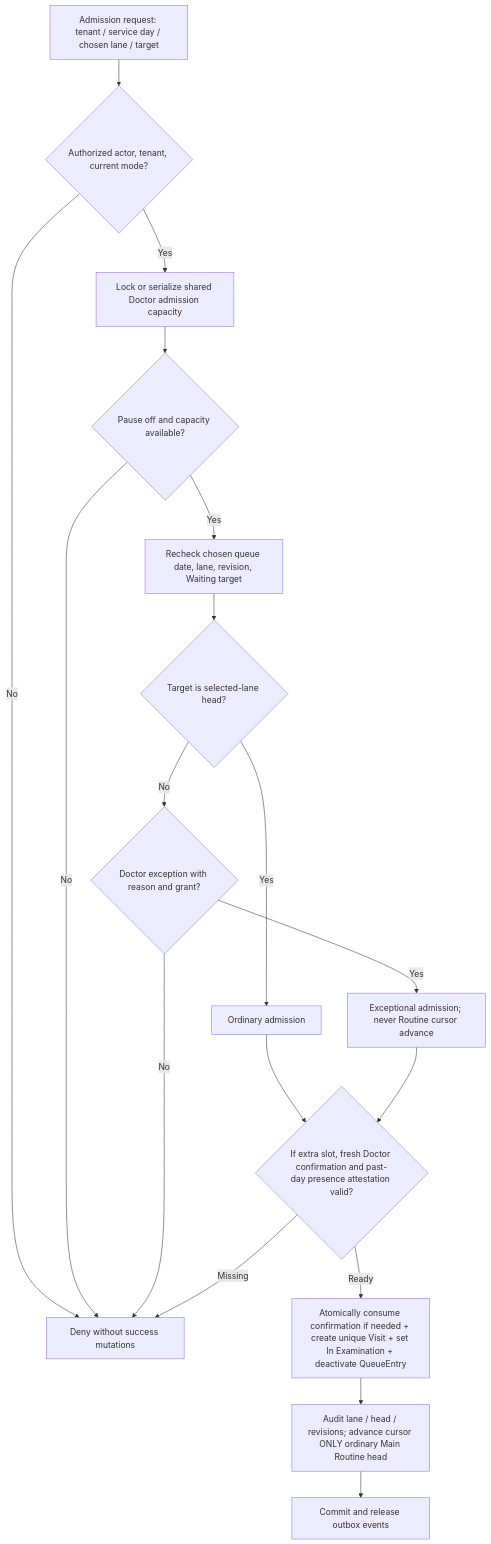
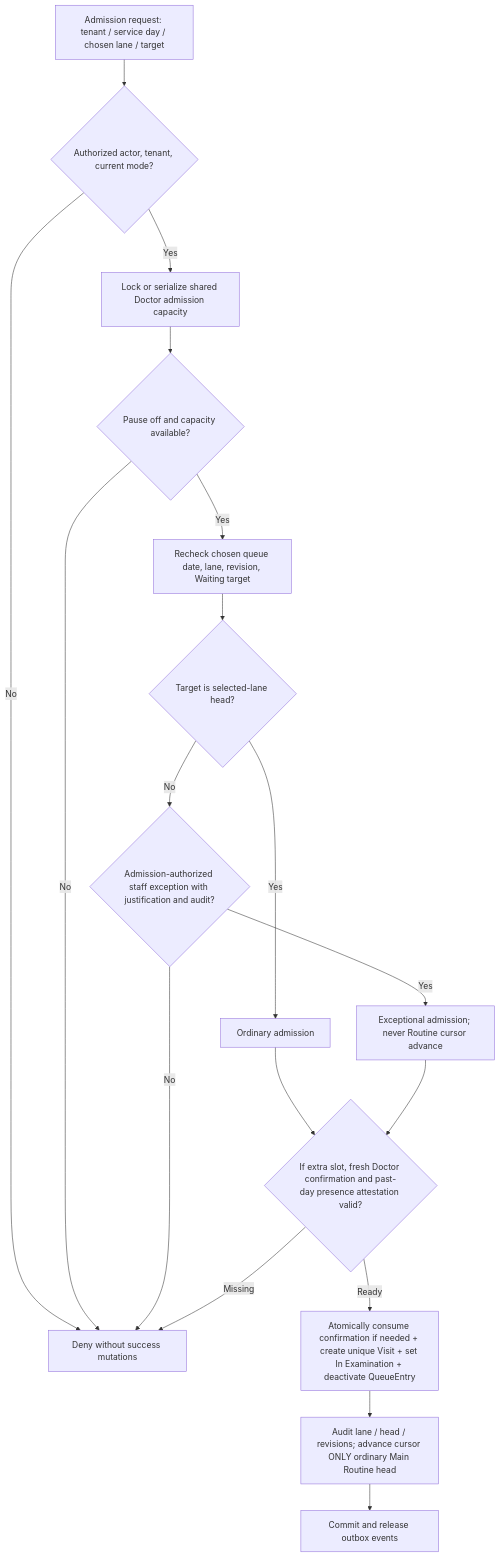
One commit to ahmedali5696/care-pulse-3 changed the third of 3 diagrams in docs/CarePulse_Domain_Model_State_Machines_v1_2_APPROVED.md. Above: the diagram before and after it, drawn with Mermaid. The commit also changed other lines of this file and 3 other files, not shown here.

````diff
--- a/docs/CarePulse_Domain_Model_State_Machines_v1_2_APPROVED.md
+++ b/docs/CarePulse_Domain_Model_State_Machines_v1_2_APPROVED.md
@@ -214,20 +219,20 @@
 ```mermaid
 flowchart TD
   A[Admission request: tenant / service day / chosen lane / target] --> B{Authorized actor, tenant, current mode?}
   B -->|No| X[Deny without success mutations]
   B -->|Yes| C[Lock or serialize shared Doctor admission capacity]
   C --> D{Pause off and capacity available?}
   D -->|No| X
   D -->|Yes| E[Recheck chosen queue date, lane, revision, Waiting target]
   E --> F{Target is selected-lane head?}
   F -->|Yes| H[Ordinary admission]
-  F -->|No| G{Doctor exception with reason and grant?}
+  F -->|No| G{Admission-authorized staff exception with justification and audit?}
   G -->|No| X
   G -->|Yes| I[Exceptional admission; never Routine cursor advance]
   H --> J{If extra slot, fresh Doctor confirmation and past-day presence attestation valid?}
   I --> J
   J -->|Missing| X
   J -->|Ready| K[Atomically consume confirmation if needed + create unique Visit + set In Examination + deactivate QueueEntry]
   K --> L[Audit lane / head / revisions; advance cursor ONLY ordinary Main Routine head]
   L --> M[Commit and release outbox events]
 ```
````
